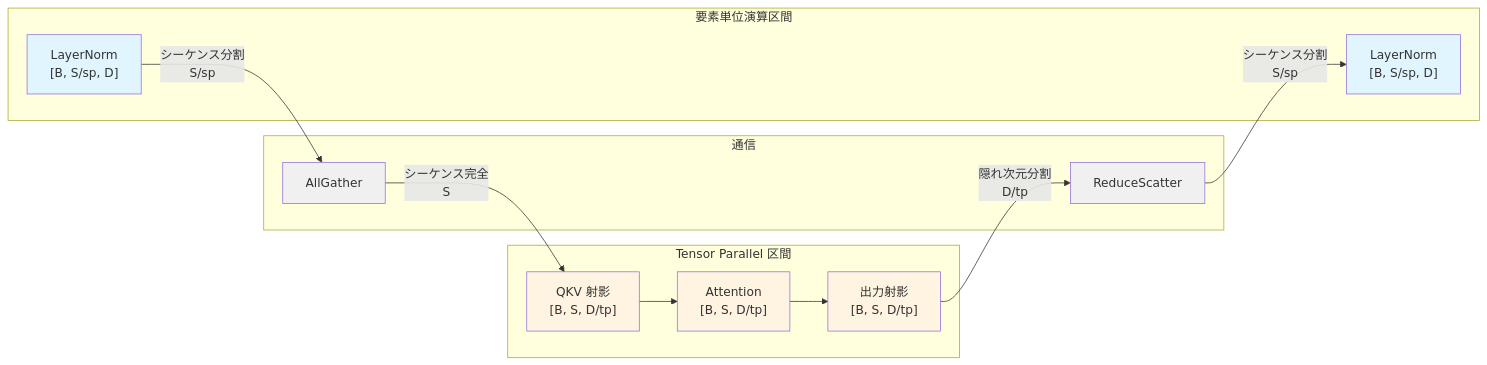
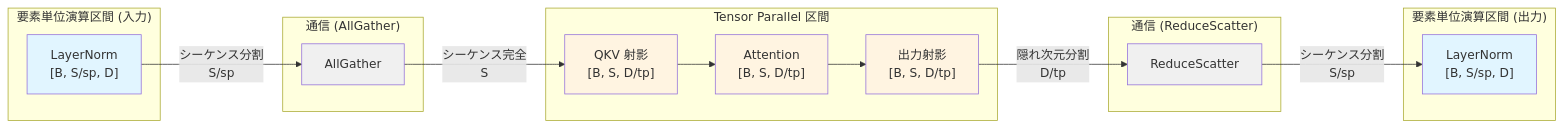
One commit to littlemex/zenn changed the third of 4 diagrams in books/ml-distributed-experiment-collection/transformer-distributed-parallelism.md. Above: the diagram before and after it, drawn with Mermaid. The commit also changed 1 other file, not shown here.

Commit message:
chore: Zenn book フォーマットと構成を改善
- Pipeline 記事の emoji を変更: 🔀 → ⛓️ (Transformer 記事との重複を解消)
- Pipeline 記事の topics を修正: PipelineParallelism → PyTorch (既存トピックに変更)
- Transformer 記事の mermaid subgraph 名を明確化: 重複する "通信" を "通信 (AllGather)" と "通信 (ReduceScatter)" に区別

````diff
--- a/books/ml-distributed-experiment-collection/transformer-distributed-parallelism.md
+++ b/books/ml-distributed-experiment-collection/transformer-distributed-parallelism.md
@@ -288,39 +288,39 @@
 ```mermaid
 graph LR
-    subgraph "要素単位演算区間"
+    subgraph "要素単位演算区間 (入力)"
         LN1["LayerNorm<br/>[B, S/sp, D]"]
     end
 
-    subgraph "通信"
+    subgraph "通信 (AllGather)"
         AG1["AllGather"]
     end
 
     subgraph "Tensor Parallel 区間"
         QKV["QKV 射影<br/>[B, S, D/tp]"]
         Attn["Attention<br/>[B, S, D/tp]"]
         Out["出力射影<br/>[B, S, D/tp]"]
     end
 
-    subgraph "通信"
+    subgraph "通信 (ReduceScatter)"
         RS["ReduceScatter"]
     end
 
-    subgraph "要素単位演算区間"
+    subgraph "要素単位演算区間 (出力)"
         LN2["LayerNorm<br/>[B, S/sp, D]"]
     end
 
     LN1 -->|"シーケンス分割<br/>S/sp"| AG1
     AG1 -->|"シーケンス完全<br/>S"| QKV
     QKV --> Attn
     Attn --> Out
     Out -->|"隠れ次元分割<br/>D/tp"| RS
     RS -->|"シーケンス分割<br/>S/sp"| LN2
 
     style LN1 fill: #e1f5ff
     style LN2 fill: #e1f5ff
     style QKV fill: #fff4e1
     style Attn fill: #fff4e1
     style Out fill: #fff4e1
     style AG1 fill: #f0f0f0
     style RS fill: #f0f0f0
 ```
````
